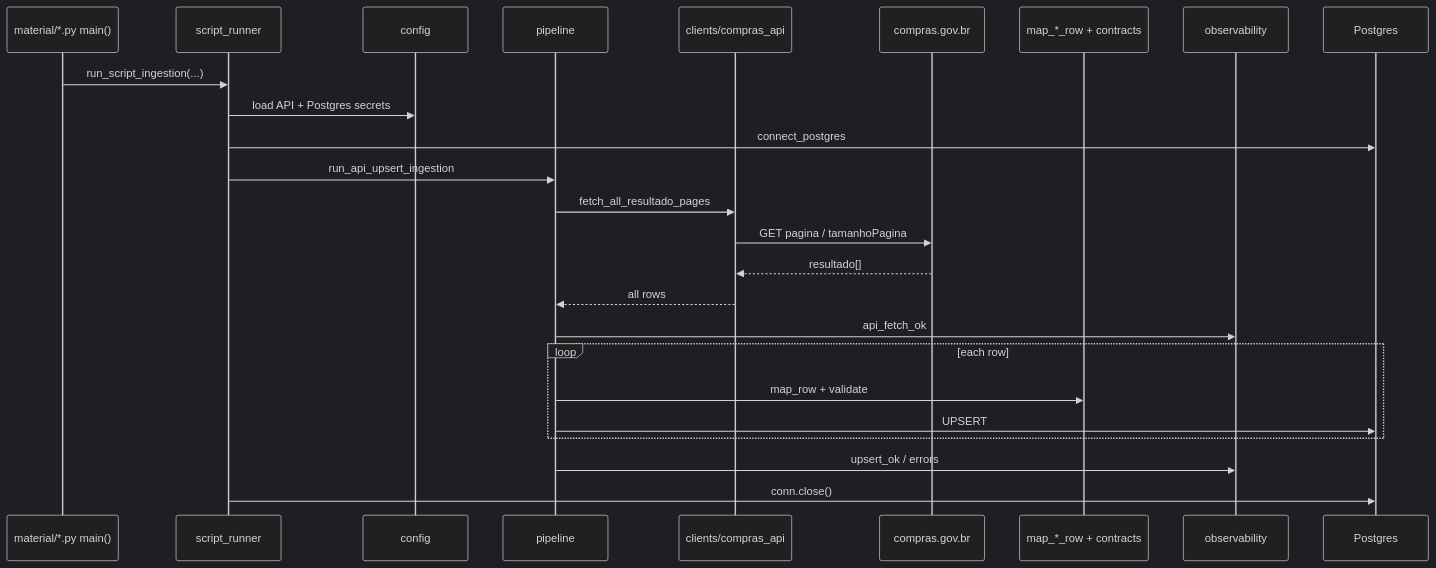
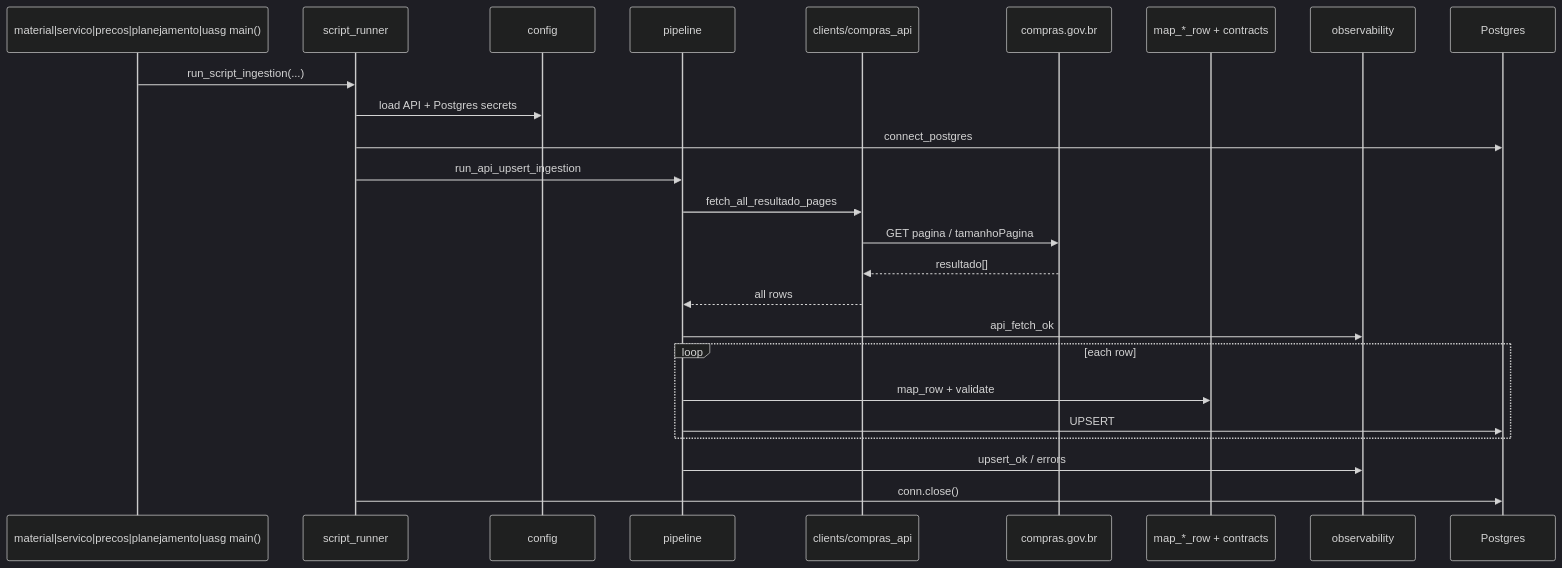
Before and after one commit to mpraes/open-gov-supply-chain-data: the seventh of 7 diagrams in docs/architecture.md, drawn with Mermaid (dark theme). The commit also changed other lines of this file and 115 other files, not shown here.

````diff
--- a/docs/architecture.md
+++ b/docs/architecture.md
@@ -95,28 +148,28 @@
 ```mermaid
 sequenceDiagram
-  participant SCR as material/*.py main()
+  participant SCR as material|servico|precos|planejamento|uasg main()
   participant RUN as script_runner
   participant CFG as config
   participant PIPE as pipeline
   participant CLI as clients/compras_api
   participant API as compras.gov.br
   participant MAP as map_*_row + contracts
   participant LOG as observability
   participant DB as Postgres
 
   SCR->>RUN: run_script_ingestion(...)
   RUN->>CFG: load API + Postgres secrets
   RUN->>DB: connect_postgres
   RUN->>PIPE: run_api_upsert_ingestion
   PIPE->>CLI: fetch_all_resultado_pages
   CLI->>API: GET pagina / tamanhoPagina
   API-->>CLI: resultado[]
   CLI-->>PIPE: all rows
   PIPE->>LOG: api_fetch_ok
   loop each row
     PIPE->>MAP: map_row + validate
     PIPE->>DB: UPSERT
   end
   PIPE->>LOG: upsert_ok / errors
   RUN->>DB: conn.close()
 ```
````
